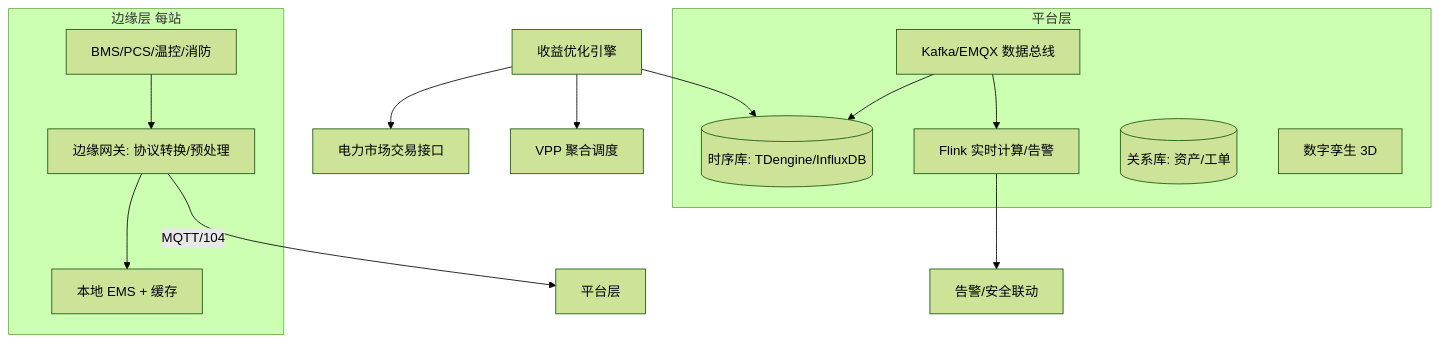
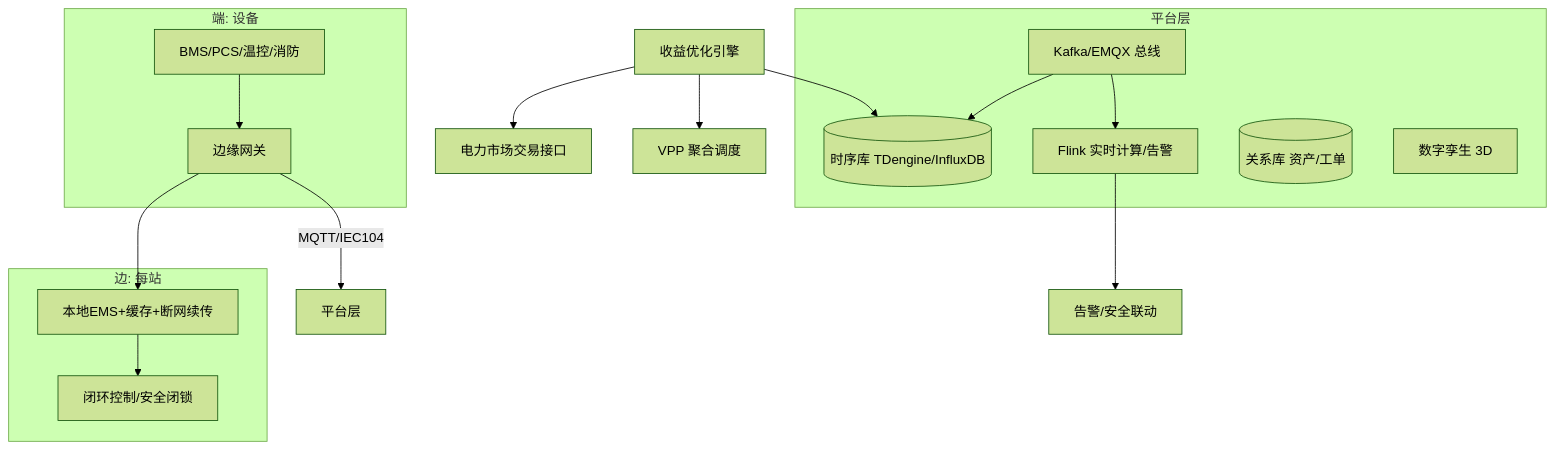
Before and after one commit to tghrxxxyyy/knowledge-base: the fourth of 4 diagrams in 业务模型/储能业务模型.md, drawn with Mermaid (forest theme). The commit also changed other lines of this file and 1 other file, not shown here.

````diff
--- a/业务模型/储能业务模型.md
+++ b/业务模型/储能业务模型.md
@@ -121,21 +386,24 @@
 ```mermaid
 flowchart TD
-    subgraph 站端[边缘层 每站]
-        DEV[BMS/PCS/温控/消防] --> GW[边缘网关: 协议转换/预处理]
-        GW --> LOCAL[本地 EMS + 缓存]
+    subgraph 端[端: 设备]
+        BAT[BMS/PCS/温控/消防] --> GW[边缘网关]
     end
-    GW -->|MQTT/104| CLOUD[平台层]
+    subgraph 边[边: 每站]
+        GW --> LOCAL[本地EMS+缓存+断网续传]
+        LOCAL --> CTRL[闭环控制/安全闭锁]
+    end
+    GW -->|MQTT/IEC104| CLOUD[平台层]
     subgraph 平台层
-        MQ[Kafka/EMQX 数据总线]
-        TS[(时序库: TDengine/InfluxDB)]
+        MQ[Kafka/EMQX 总线]
+        TS[(时序库 TDengine/InfluxDB)]
         RT[Flink 实时计算/告警]
-        REL[(关系库: 资产/工单)]
+        REL[(关系库 资产/工单)]
         TW[数字孪生 3D]
     end
     MQ --> TS
     MQ --> RT
     RT --> AL[告警/安全联动]
-    PL2[收益优化引擎] --> TS
-    PL2 --> MKT[电力市场交易接口]
-    PL2 --> VPP[VPP 聚合调度]
+    OPT[收益优化引擎] --> TS
+    OPT --> MKT[电力市场交易接口]
+    OPT --> VPP[VPP 聚合调度]
 ```
````
